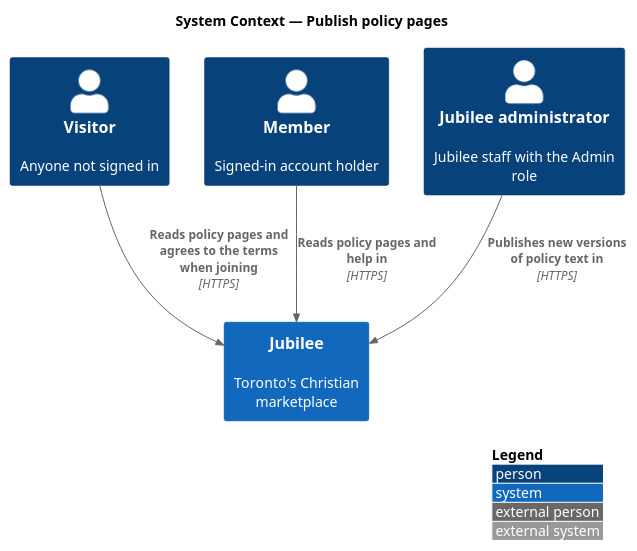
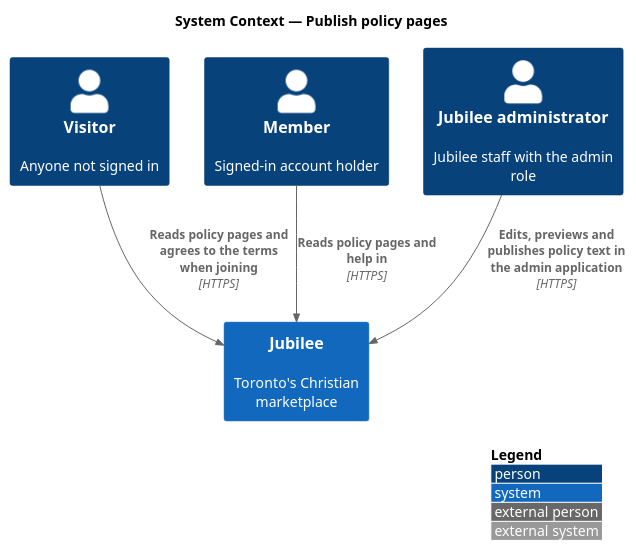
Before and after one commit to QuinntyneBrown/jubilee: the diagram in docs/detailed-designs/trust-content/publish-policy-pages/diagrams/c4-context.puml, drawn with PlantUML. The commit also changed 18 other files, not shown here.

```diff
--- a/docs/detailed-designs/trust-content/publish-policy-pages/diagrams/c4-context.puml
+++ b/docs/detailed-designs/trust-content/publish-policy-pages/diagrams/c4-context.puml
@@ -1,14 +1,14 @@
 @startuml
 !include <C4/C4_Context>
 LAYOUT_WITH_LEGEND()
 title System Context — Publish policy pages
 
 Person(visitor, "Visitor", "Anyone not signed in")
 Person(member, "Member", "Signed-in account holder")
-Person(admin, "Jubilee administrator", "Jubilee staff with the Admin role")
+Person(admin, "Jubilee administrator", "Jubilee staff with the admin role")
 System(jubilee, "Jubilee", "Toronto's Christian marketplace")
 
 Rel(visitor, jubilee, "Reads policy pages and agrees to the terms when joining", "HTTPS")
 Rel(member, jubilee, "Reads policy pages and help in", "HTTPS")
-Rel(admin, jubilee, "Publishes new versions of policy text in", "HTTPS")
+Rel(admin, jubilee, "Edits, previews and publishes policy text in the admin application", "HTTPS")
 @enduml
```
